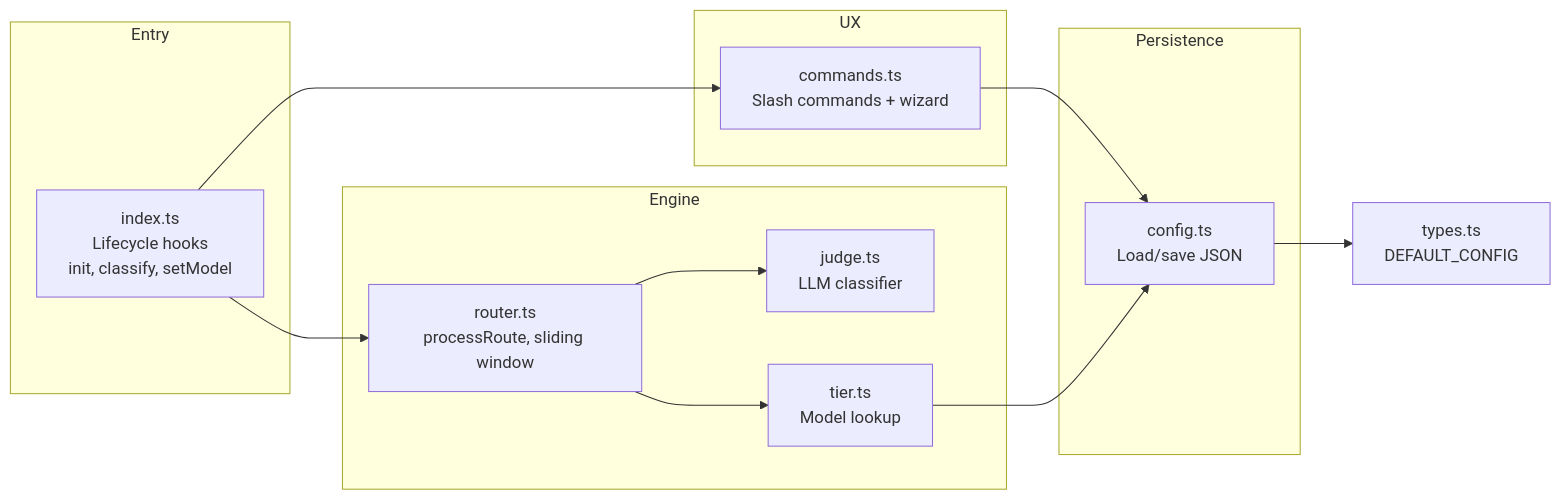
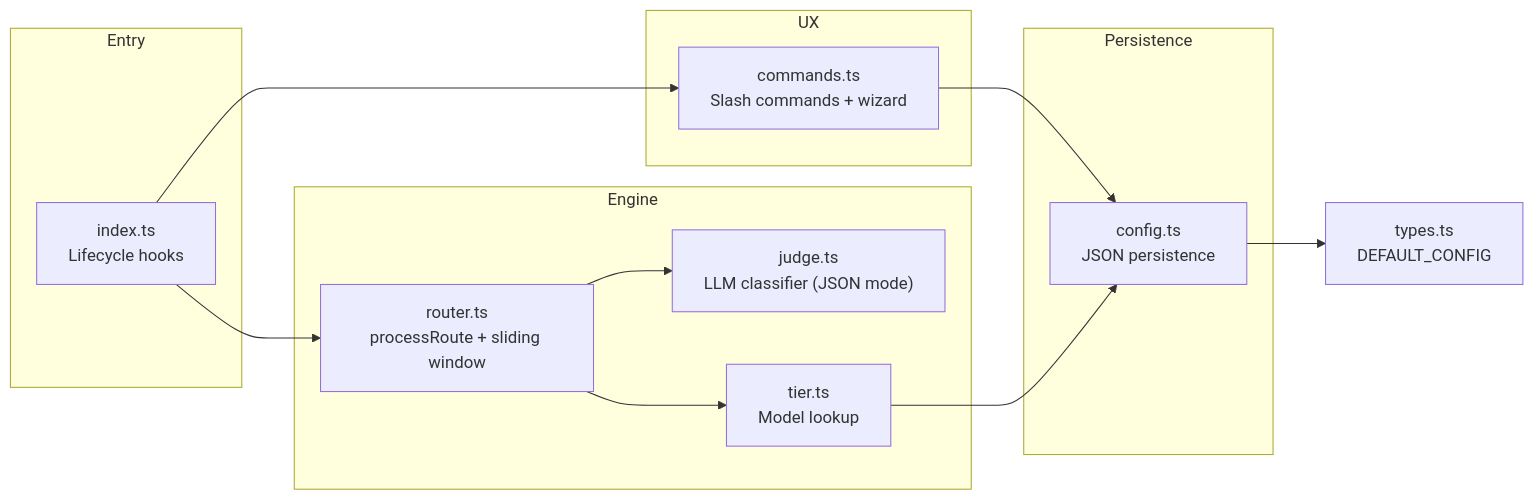
The second of 2 diagrams in README.md (Groveer/pi-shift-router), drawn with Mermaid before and after one commit. The commit also changed other lines of this file and 13 other files, not shown here.

````diff
--- a/README.md
+++ b/README.md
@@ -151,23 +282,23 @@
 ```mermaid
 flowchart LR
     subgraph Entry
-        I["index.ts<br/>Lifecycle hooks<br/>init, classify, setModel"]
+        I["index.ts<br/>Lifecycle hooks"]
     end
     subgraph Engine
-        R["router.ts<br/>processRoute, sliding window"]
-        J["judge.ts<br/>LLM classifier"]
+        R["router.ts<br/>processRoute + sliding window"]
+        J["judge.ts<br/>LLM classifier (JSON mode)"]
         T["tier.ts<br/>Model lookup"]
     end
     subgraph Persistence
-        C["config.ts<br/>Load/save JSON"]
+        C["config.ts<br/>JSON persistence"]
     end
     subgraph UX
         M["commands.ts<br/>Slash commands + wizard"]
     end
 
     I --> R & M
     R --> J & T
     M --> C
     T --> C
     C --> Y["types.ts<br/>DEFAULT_CONFIG"]
 ```
````
